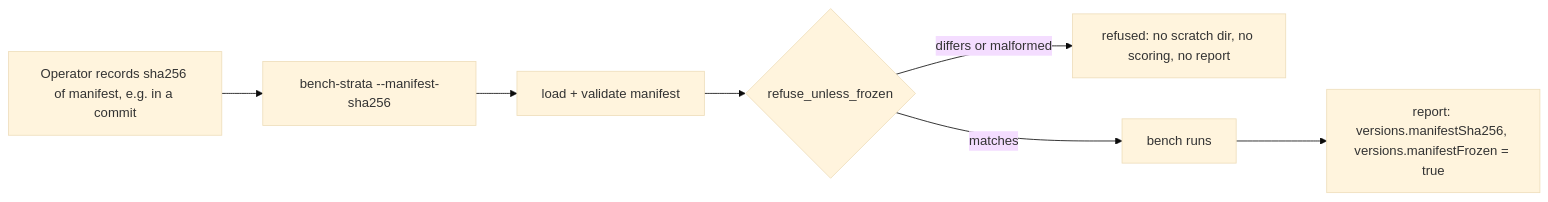
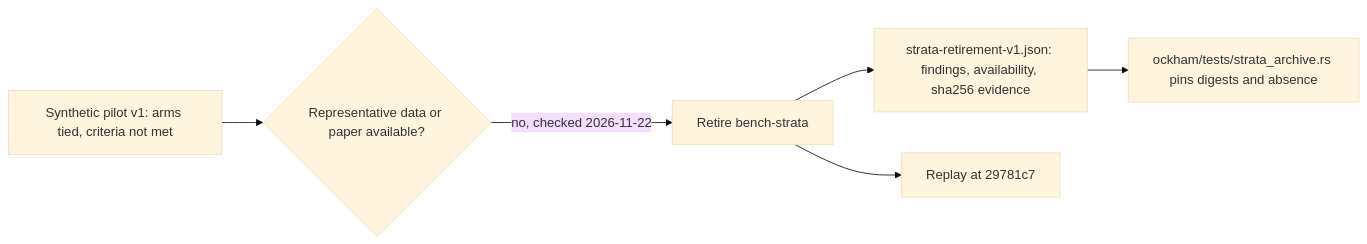
One commit to stSoftwareAU/NEAT-AI-Ockham changed the diagram in docs/archive/pr-summaries/pr-summary-263.md. Above: the diagram before and after it, drawn with Mermaid (base theme). The commit also changed other lines of this file and 4 other files, not shown here.

````diff
--- a/docs/archive/pr-summaries/pr-summary-263.md
+++ b/docs/archive/pr-summaries/pr-summary-263.md
@@ -78,9 +84,8 @@
 ```mermaid
 flowchart LR
-    R[Operator records sha256 of manifest, e.g. in a commit] --> C[bench-strata --manifest-sha256]
-    C --> L[load + validate manifest]
-    L --> F{refuse_unless_frozen}
-    F -- differs or malformed --> X[refused: no scratch dir, no scoring, no report]
-    F -- matches --> B[bench runs]
-    B --> O[report: versions.manifestSha256, versions.manifestFrozen = true]
+    P[Synthetic pilot v1: arms tied, criteria not met] --> D{Representative data or paper available?}
+    D -- no, checked 2026-11-22 --> R[Retire bench-strata]
+    R --> J[strata-retirement-v1.json: findings, availability, sha256 evidence]
+    R --> C[Replay at 29781c7]
+    J --> T[ockham/tests/strata_archive.rs pins digests and absence]
 ```
````
